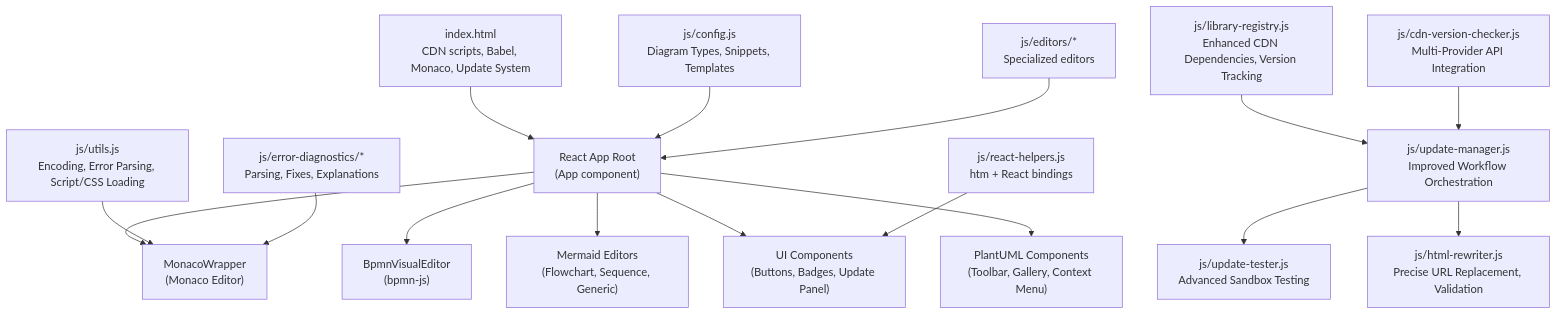
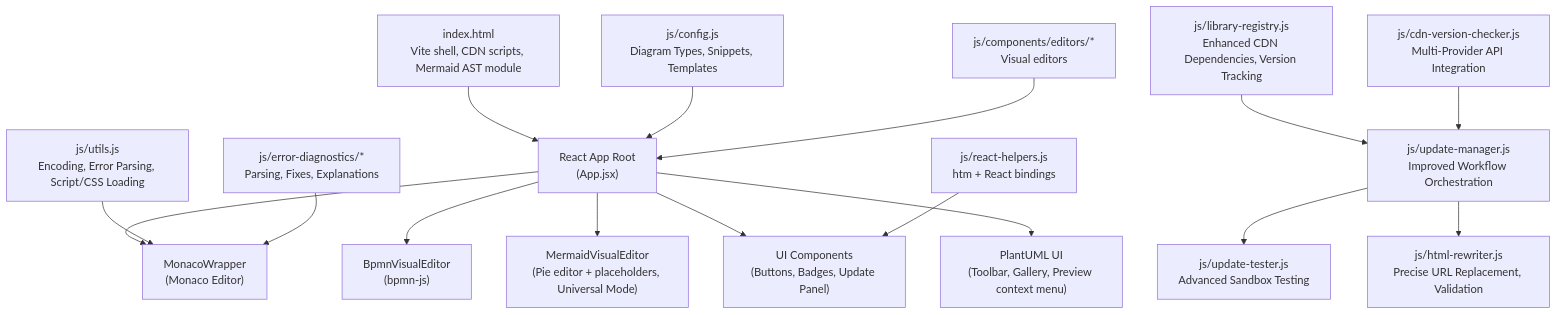
The first of 14 diagrams in .qoder/repowiki/en/content/Advanced Features/Technical Implementations.md (ongchonghian/universal-diagram-editor), drawn with Mermaid before and after one commit. The commit also changed other lines of this file and 31 other files, not shown here.

````diff
--- a/.qoder/repowiki/en/content/Advanced Features/Technical Implementations.md
+++ b/.qoder/repowiki/en/content/Advanced Features/Technical Implementations.md
@@ -58,18 +62,18 @@
 ```mermaid
 graph TB
-A["index.html<br/>CDN scripts, Babel, Monaco, Update System"] --> B["React App Root<br/>(App component)"]
+A["index.html<br/>Vite shell, CDN scripts, Mermaid AST module"] --> B["React App Root<br/>(App.jsx)"]
 B --> C["MonacoWrapper<br/>(Monaco Editor)"]
 B --> D["BpmnVisualEditor<br/>(bpmn-js)"]
-B --> E["Mermaid Editors<br/>(Flowchart, Sequence, Generic)"]
+B --> E["MermaidVisualEditor<br/>(Pie editor + placeholders, Universal Mode)"]
 B --> F["UI Components<br/>(Buttons, Badges, Update Panel)"]
-B --> G["PlantUML Components<br/>(Toolbar, Gallery, Context Menu)"]
+B --> G["PlantUML UI<br/>(Toolbar, Gallery, Preview context menu)"]
 H["js/utils.js<br/>Encoding, Error Parsing, Script/CSS Loading"] --> C
 I["js/config.js<br/>Diagram Types, Snippets, Templates"] --> B
 J["js/error-diagnostics/*<br/>Parsing, Fixes, Explanations"] --> C
 K["js/react-helpers.js<br/>htm + React bindings"] --> F
-L["js/editors/*<br/>Specialized editors"] --> B
+L["js/components/editors/*<br/>Visual editors"] --> B
 M["js/library-registry.js<br/>Enhanced CDN Dependencies, Version Tracking"] --> N["Update System"]
 N["js/update-manager.js<br/>Improved Workflow Orchestration"] --> O["js/update-tester.js<br/>Advanced Sandbox Testing"]
 N --> P["js/html-rewriter.js<br/>Precise URL Replacement, Validation"]
 Q["js/cdn-version-checker.js<br/>Multi-Provider API Integration"] --> N
 ```
````
